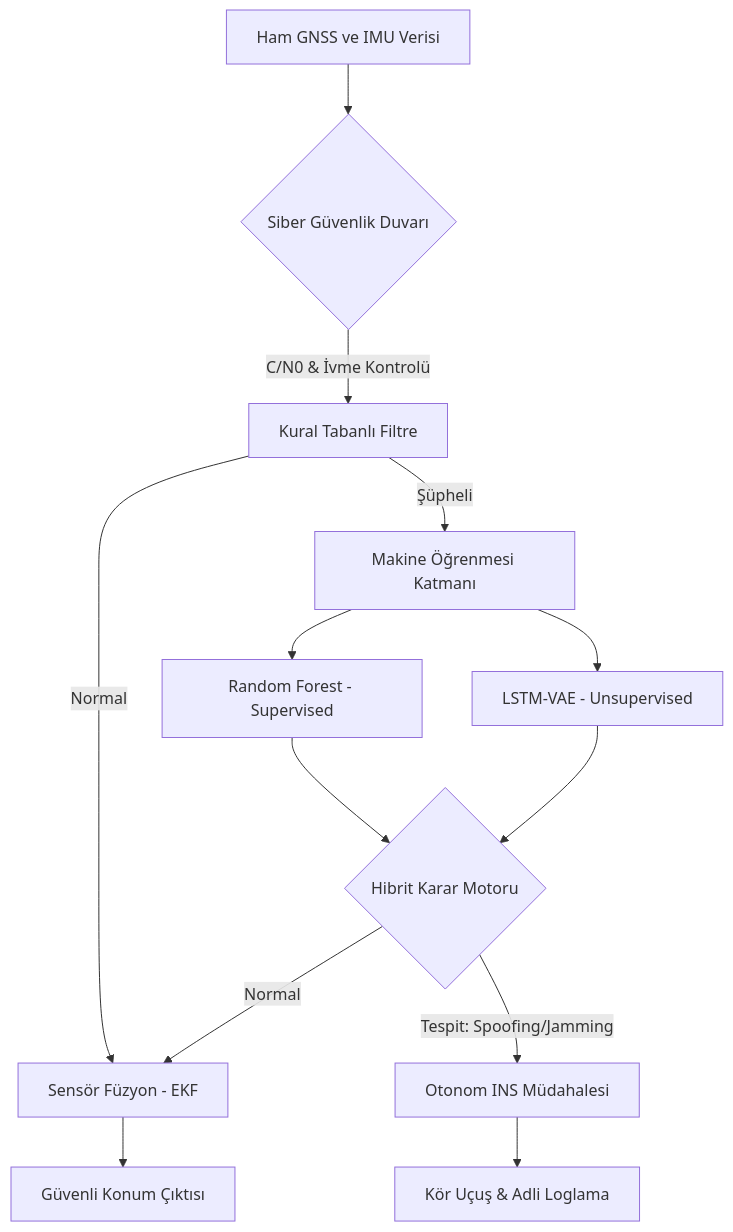
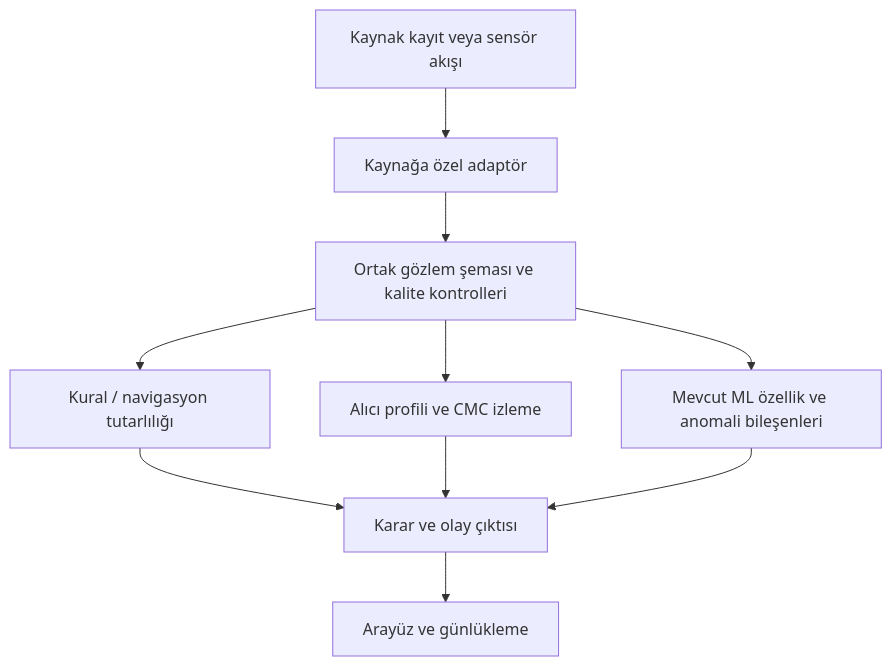
The diagram in PROJE_RAPORU.md (hulyayldiz/TUBITAK-2209-A), drawn with Mermaid before and after one commit. The commit also changed other lines of this file and 259 other files, not shown here.

Commit message:
GNSS tutarlılık izleme prototipini ve doğrulamaları güncelle

````diff
--- a/PROJE_RAPORU.md
+++ b/PROJE_RAPORU.md
@@ -37,15 +33,12 @@
 ```mermaid
 graph TD
-    A[Ham GNSS ve IMU Verisi] --> B{Siber Güvenlik Duvarı}
-    B -->|C/N0 & İvme Kontrolü| C[Kural Tabanlı Filtre]
-    C -->|Normal| D[Sensör Füzyon - EKF]
-    C -->|Şüpheli| E[Makine Öğrenmesi Katmanı]
-    E --> F[Random Forest - Supervised]
-    E --> G[LSTM-VAE - Unsupervised]
-    F --> H{Hibrit Karar Motoru}
-    G --> H
-    H -->|Tespit: Spoofing/Jamming| I[Otonom INS Müdahalesi]
-    H -->|Normal| D
-    I --> J[Kör Uçuş & Adli Loglama]
-    D --> K[Güvenli Konum Çıktısı]
+    A[Kaynak kayıt veya sensör akışı] --> B[Kaynağa özel adaptör]
+    B --> C[Ortak gözlem şeması ve kalite kontrolleri]
+    C --> D[Kural / navigasyon tutarlılığı]
+    C --> E[Alıcı profili ve CMC izleme]
+    C --> F[Mevcut ML özellik ve anomali bileşenleri]
+    D --> G[Karar ve olay çıktısı]
+    E --> G
+    F --> G
+    G --> H[Arayüz ve günlükleme]
 ```
````
